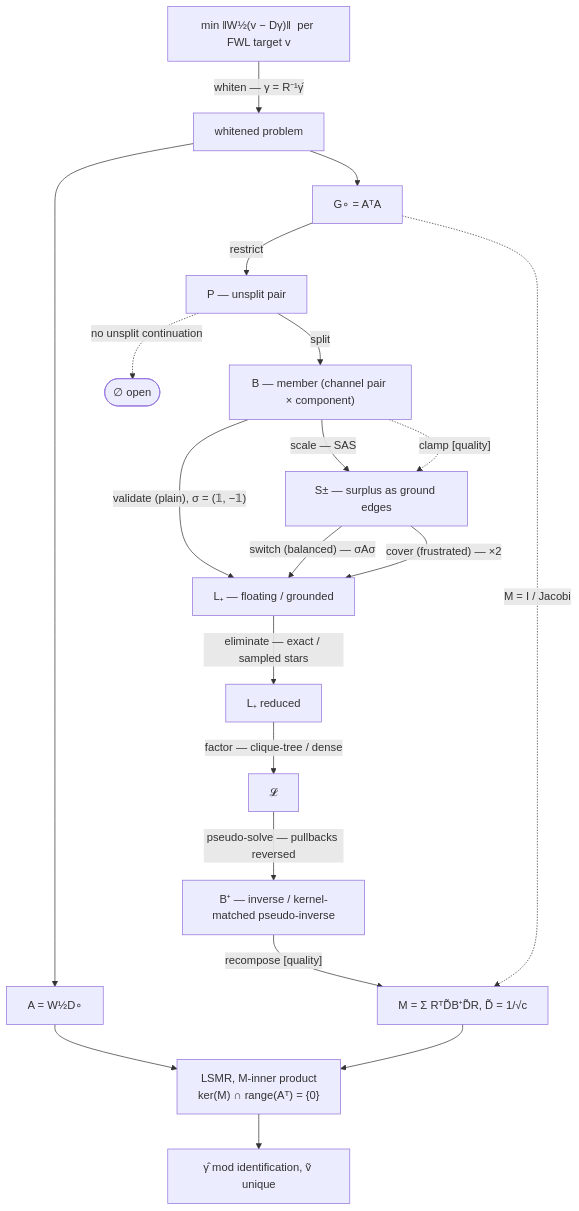
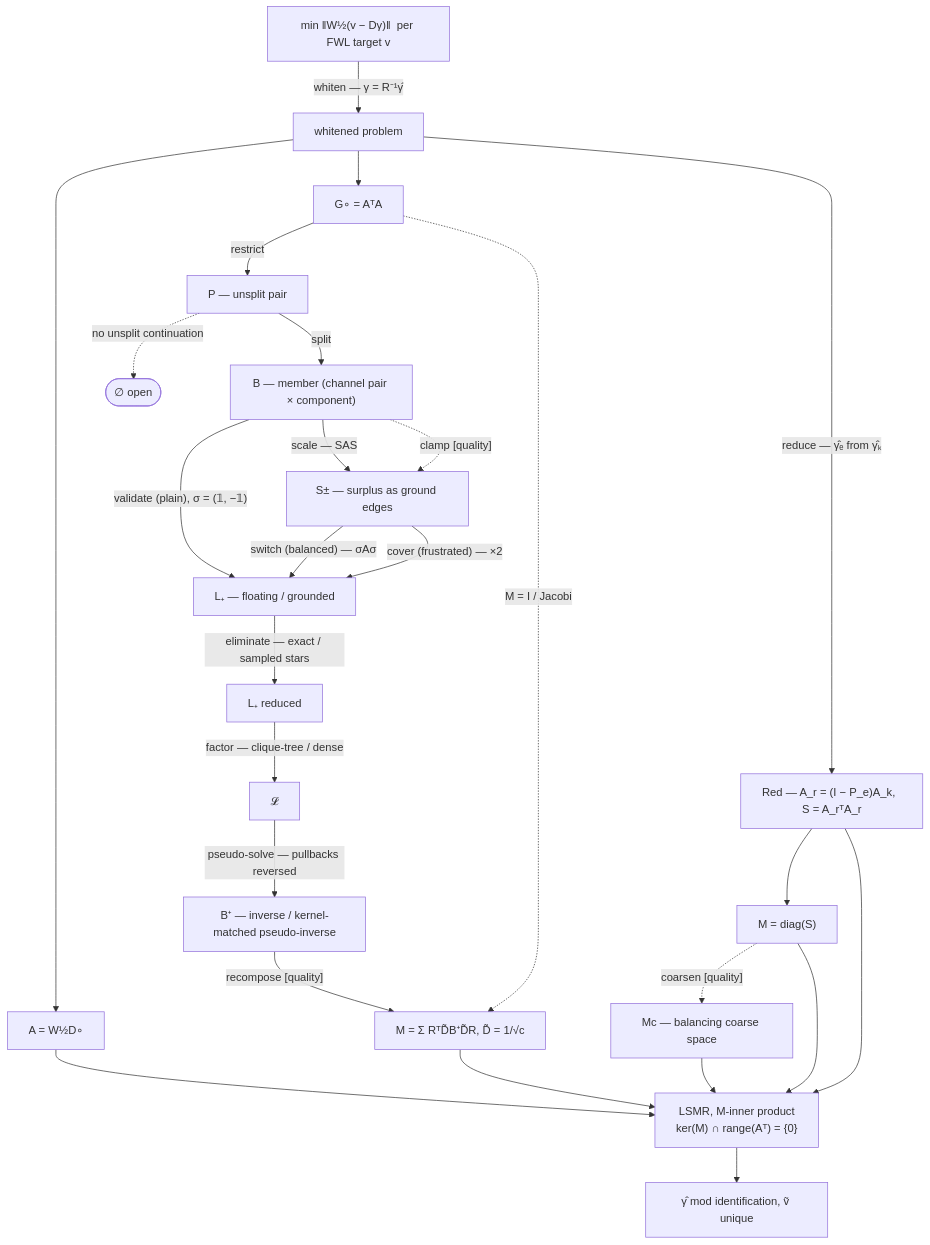
Before and after one commit to py-econometrics/within: the diagram in docs/4_sddm_state_model.md, drawn with Mermaid. The commit also changed other lines of this file and 2 other files, not shown here.

Commit message:
docs: the reduced system and its rigid coarse space

````diff
--- a/docs/4_sddm_state_model.md
+++ b/docs/4_sddm_state_model.md
@@ -134,44 +153,54 @@
 ```mermaid
 flowchart TD
     RAW["min ‖W½(v − Dγ)‖  per FWL target v"]
     WHITE["whitened problem"]
     RAW -->|"whiten — γ = R⁻¹γ̂"| WHITE
 
     OP["A = W½D∘"]
     GW["G∘ = AᵀA"]
     WHITE --> OP
     WHITE --> GW
 
     P["P — unsplit pair"]
     GW -->|restrict| P
     NOP(["∅ open"])
     P -.->|"no unsplit continuation"| NOP
 
     B["B — member (channel pair × component)"]
     P -->|split| B
 
     SPM["S± — surplus as ground edges"]
     LP["L₊ — floating / grounded"]
     B -->|"validate (plain), σ = (𝟙, −𝟙)"| LP
     B -->|"scale — SAS"| SPM
     B -.->|"clamp [quality]"| SPM
     SPM -->|"switch (balanced) — σAσ"| LP
     SPM -->|"cover (frustrated) — ×2"| LP
 
     LR["L₊ reduced"]
     LP -->|"eliminate — exact / sampled stars"| LR
     FACT["𝓛"]
     LR -->|"factor — clique-tree / dense"| FACT
 
     BINV["B⁺ — inverse / kernel-matched pseudo-inverse"]
     FACT -->|"pseudo-solve — pullbacks reversed"| BINV
     M["M = Σ RᵀD̃B⁺D̃R,  D̃ = 1/√c"]
     BINV -->|"recompose [quality]"| M
     GW -.->|"M = I / Jacobi"| M
 
+    RED["Red — A_r = (I − P_e)A_k,  S = A_rᵀA_r"]
+    WHITE -->|"reduce — γ̂ₑ from γ̂ₖ"| RED
+    MD["M = diag(S)"]
+    RED --> MD
+    MC["Mc — balancing coarse space"]
+    MD -.->|"coarsen [quality]"| MC
+
     IT["LSMR, M-inner product<br/>ker(M) ∩ range(Aᵀ) = {0}"]
     OP --> IT
     M --> IT
+    RED --> IT
+    MD --> IT
+    MC --> IT
     OUT["γ̂ mod identification, ṽ unique"]
     IT --> OUT
 ```
````
